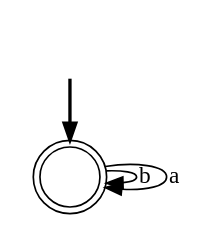
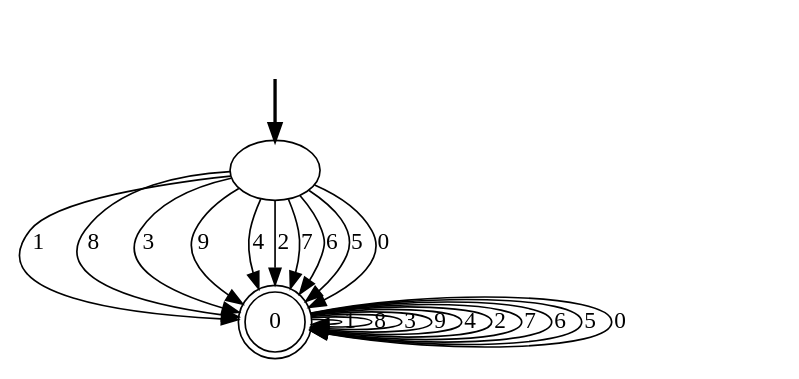
The diagram in dfa.dot (kimzheng7/RPNI), drawn with Graphviz before and after one commit. The commit also changed 6 other files, not shown here.

```diff
--- a/dfa.dot
+++ b/dfa.dot
@@ -1,7 +1,26 @@
 digraph {
 	fake [style=invisible]
-	"" [root=true shape=doublecircle]
+	"" [root=true]
+	0 [shape=doublecircle]
 	fake -> "" [style=bold]
-	"" -> "" [label=b]
-	"" -> "" [label=a]
+	"" -> 0 [label=1]
+	"" -> 0 [label=8]
+	"" -> 0 [label=3]
+	"" -> 0 [label=9]
+	"" -> 0 [label=4]
+	"" -> 0 [label=2]
+	"" -> 0 [label=7]
+	"" -> 0 [label=6]
+	"" -> 0 [label=5]
+	"" -> 0 [label=0]
+	0 -> 0 [label=1]
+	0 -> 0 [label=8]
+	0 -> 0 [label=3]
+	0 -> 0 [label=9]
+	0 -> 0 [label=4]
+	0 -> 0 [label=2]
+	0 -> 0 [label=7]
+	0 -> 0 [label=6]
+	0 -> 0 [label=5]
+	0 -> 0 [label=0]
 }
```
